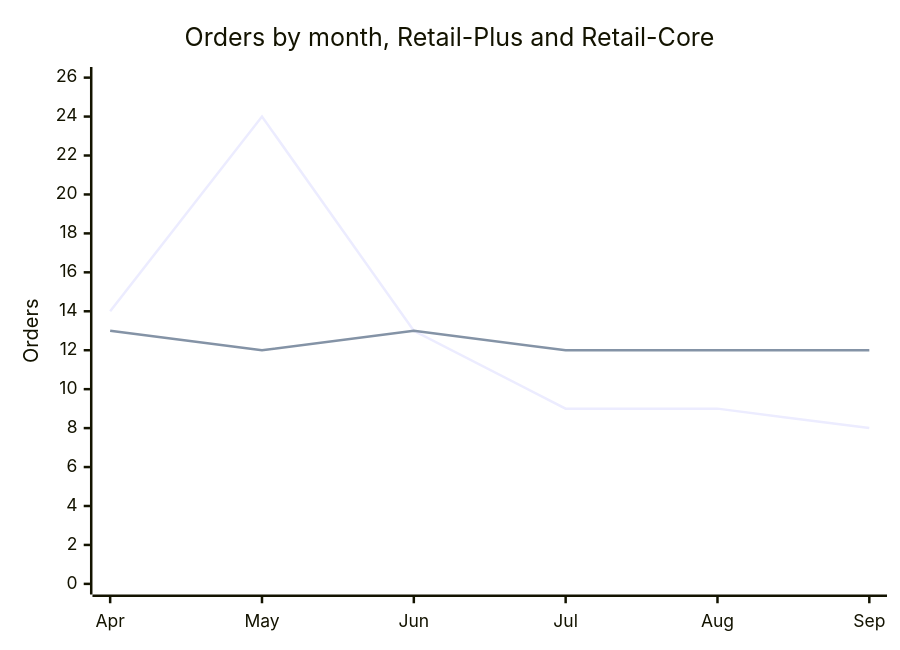
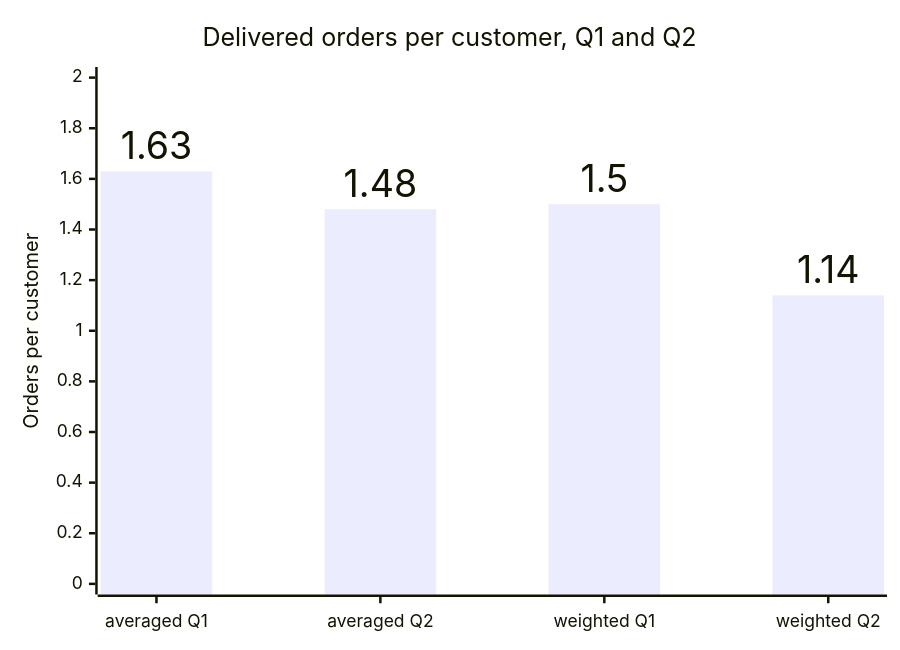
Before and after one commit to fde-academy-lab/c2-content-factory: the eighth of 11 diagrams in content/W01/D2/slides/C2_W01_D02_half2_STUDENT.md, drawn with Mermaid. The commit also changed other lines of this file and 11 other files, not shown here.

````diff
--- a/content/W01/D2/slides/C2_W01_D02_half2_STUDENT.md
+++ b/content/W01/D2/slides/C2_W01_D02_half2_STUDENT.md
@@ -349,8 +325,8 @@
 ```mermaid
+%%{init: {"xyChart": {"showDataLabel": true, "showDataLabelOutsideBar": true}}}%%
 xychart-beta
-    title "Orders by month, Retail-Plus and Retail-Core"
-    x-axis ["Apr", "May", "Jun", "Jul", "Aug", "Sep"]
-    y-axis "Orders" 0 --> 26
-    line [14, 24, 13, 9, 9, 8]
-    line [13, 12, 13, 12, 12, 12]
+    title "Delivered orders per customer, Q1 and Q2"
+    x-axis ["averaged Q1", "averaged Q2", "weighted Q1", "weighted Q2"]
+    y-axis "Orders per customer" 0 --> 2
+    bar [1.63, 1.48, 1.50, 1.14]
 ```
````
